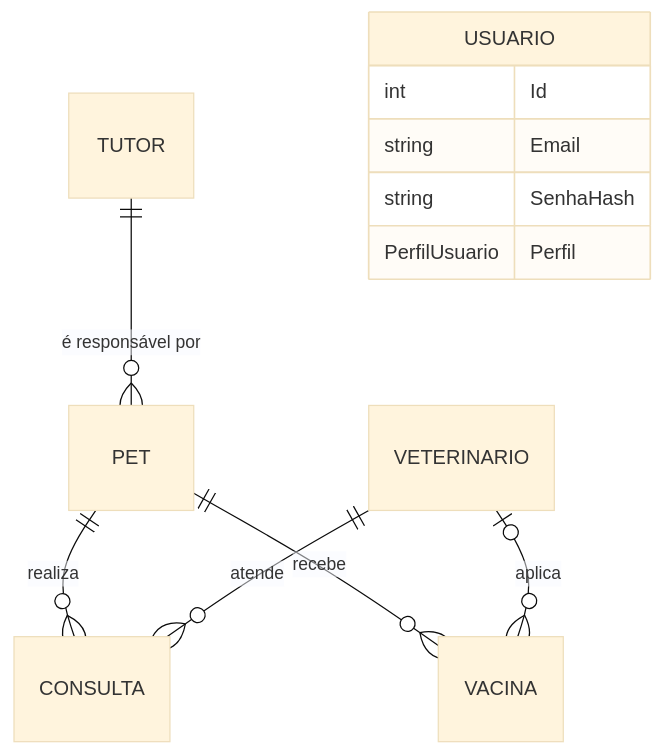
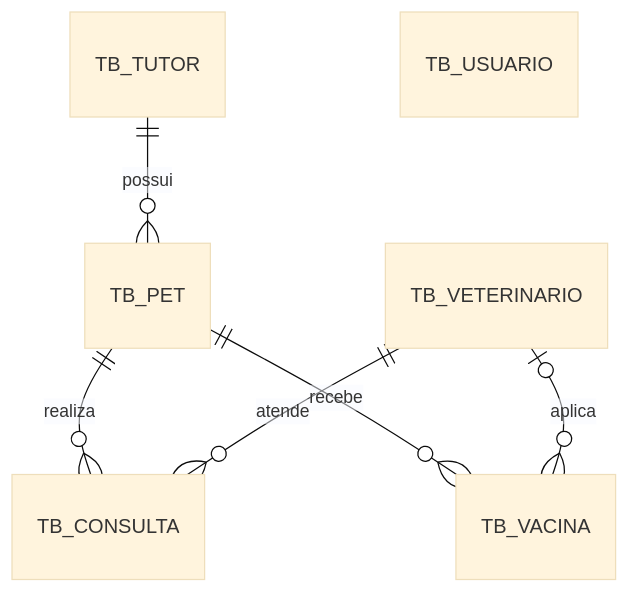
One commit to PedroBiasolli/Clyvo_Api changed the second of 2 diagrams in README.md. Above: the diagram before and after it, drawn with Mermaid (base theme). The commit also changed other lines of this file and 8 other files, not shown here.

````diff
--- a/README.md
+++ b/README.md
@@ -173,14 +236,9 @@
 ```mermaid
 erDiagram
-    TUTOR ||--o{ PET : "é responsável por"
-    PET ||--o{ CONSULTA : "realiza"
-    PET ||--o{ VACINA : "recebe"
-    VETERINARIO ||--o{ CONSULTA : "atende"
-    VETERINARIO |o--o{ VACINA : "aplica"
-    USUARIO {
-        int Id
-        string Email
-        string SenhaHash
-        PerfilUsuario Perfil
-    }
+    TB_TUTOR ||--o{ TB_PET : possui
+    TB_PET ||--o{ TB_CONSULTA : realiza
+    TB_PET ||--o{ TB_VACINA : recebe
+    TB_VETERINARIO ||--o{ TB_CONSULTA : atende
+    TB_VETERINARIO |o--o{ TB_VACINA : aplica
+    TB_USUARIO
 ```
````
